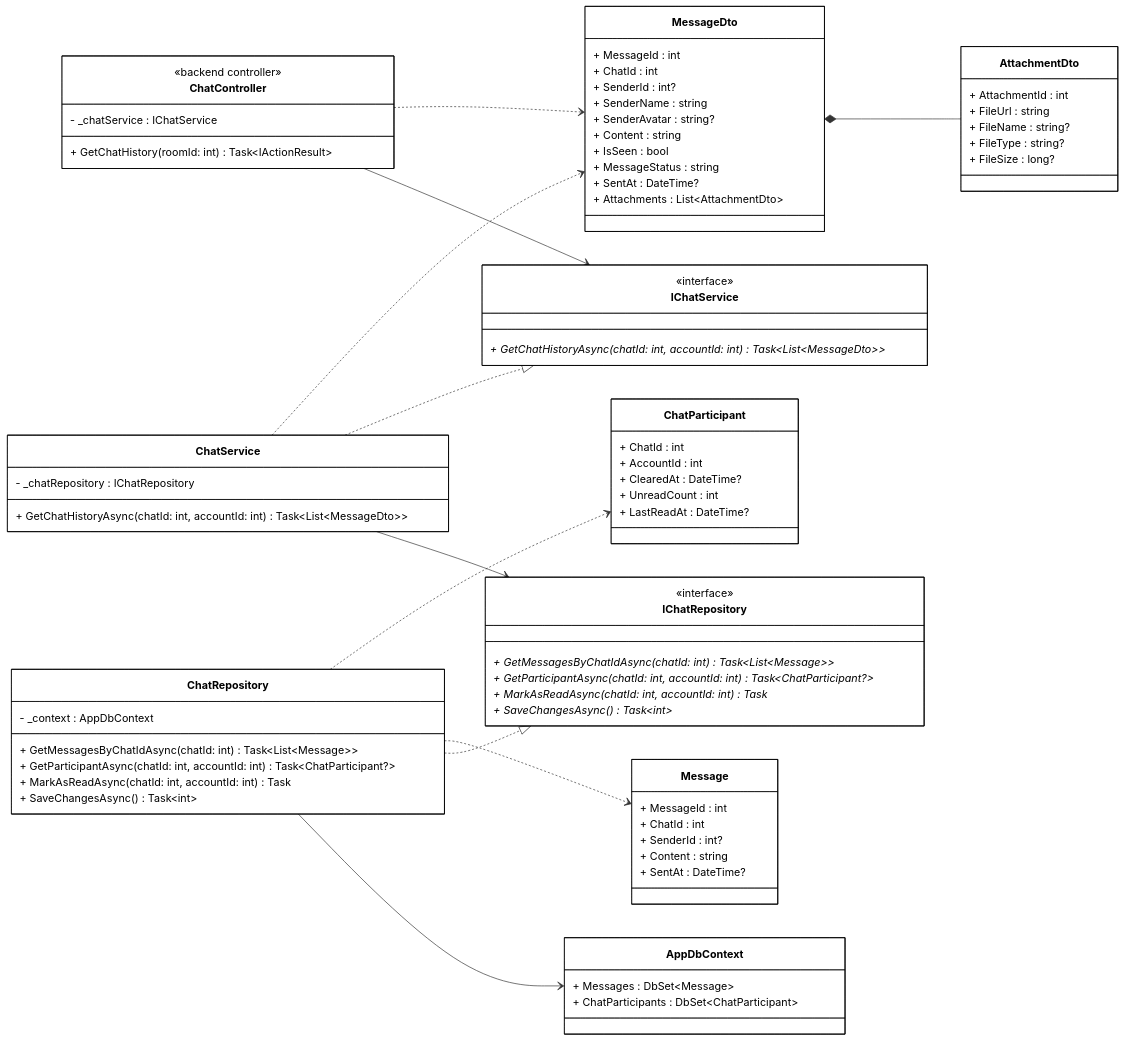
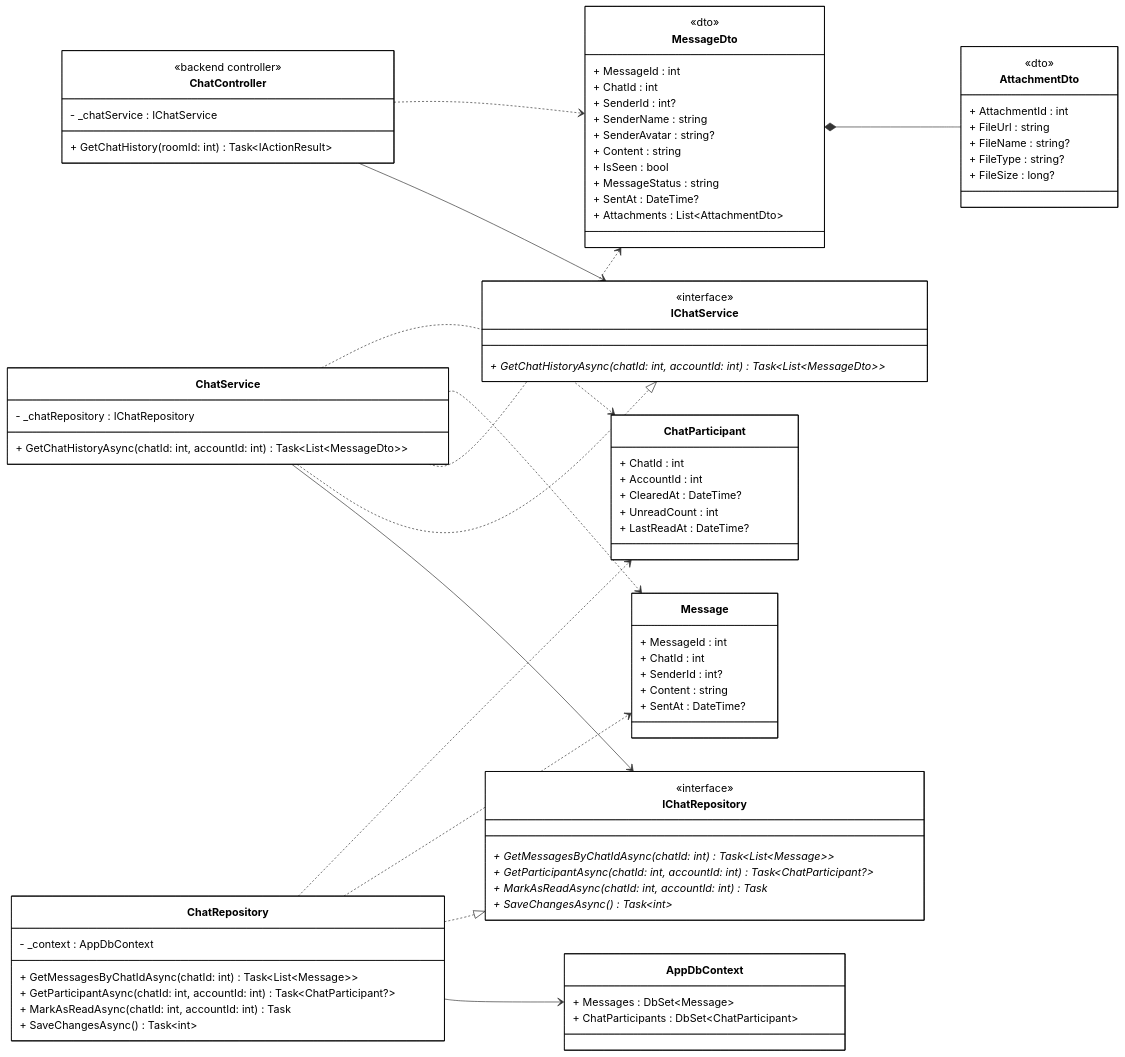
Before and after one commit to 1000do/Linked: the diagram in diagrams/class_mermaid/chat/cls_mm_view_chat_history.mmd, drawn with Mermaid. The commit also changed 29 other files, not shown here.

Commit message:
docs: add comprehensive mermaid class diagrams for core system features and update admin layout view

```diff
--- a/diagrams/class_mermaid/chat/cls_mm_view_chat_history.mmd
+++ b/diagrams/class_mermaid/chat/cls_mm_view_chat_history.mmd
@@ -1,116 +1,120 @@
 classDiagram
 direction LR
 
 %% ==================== BACKEND - CONTROLLER ====================
 
 class ChatControllerBE["ChatController"] {
     <<backend controller>>
     - _chatService : IChatService
     + GetChatHistory(roomId: int) Task~IActionResult~
 }
 
 %% ==================== BACKEND - DTOs ====================
 
 class MessageDto {
+    <<dto>>
     + MessageId : int
     + ChatId : int
     + SenderId : int?
     + SenderName : string
     + SenderAvatar : string?
     + Content : string
     + IsSeen : bool
     + MessageStatus : string
     + SentAt : DateTime?
     + Attachments : List~AttachmentDto~
 }
 
 class AttachmentDto {
+    <<dto>>
     + AttachmentId : int
     + FileUrl : string
     + FileName : string?
     + FileType : string?
     + FileSize : long?
 }
 
 %% ==================== BACKEND - DOMAIN ENTITIES ====================
 
 class Message {
     + MessageId : int
     + ChatId : int
     + SenderId : int?
     + Content : string
     + SentAt : DateTime?
 }
 
 class ChatParticipant {
     + ChatId : int
     + AccountId : int
     + ClearedAt : DateTime?
     + UnreadCount : int
     + LastReadAt : DateTime?
 }
 
 %% ==================== BACKEND - SERVICE INTERFACES ====================
 
 class IChatService {
     <<interface>>
     + GetChatHistoryAsync(chatId: int, accountId: int) Task~List~MessageDto~~ *
 }
 
 %% ==================== BACKEND - REPOSITORY INTERFACES ====================
 
 class IChatRepository {
     <<interface>>
     + GetMessagesByChatIdAsync(chatId: int) Task~List~Message~~ *
     + GetParticipantAsync(chatId: int, accountId: int) Task~ChatParticipant?~ *
     + MarkAsReadAsync(chatId: int, accountId: int) Task *
     + SaveChangesAsync() Task~int~ *
 }
 
 %% ==================== BACKEND - SERVICE IMPLEMENTATION ====================
 
 class ChatService {
     - _chatRepository : IChatRepository
     + GetChatHistoryAsync(chatId: int, accountId: int) Task~List~MessageDto~~
 }
 
 %% ==================== BACKEND - REPOSITORY IMPLEMENTATION ====================
 
 class ChatRepository {
     - _context : AppDbContext
     + GetMessagesByChatIdAsync(chatId: int) Task~List~Message~~
     + GetParticipantAsync(chatId: int, accountId: int) Task~ChatParticipant?~
     + MarkAsReadAsync(chatId: int, accountId: int) Task
     + SaveChangesAsync() Task~int~
 }
 
 %% ==================== BACKEND - DbContext ====================
 
 class AppDbContext {
     + Messages : DbSet~Message~
     + ChatParticipants : DbSet~ChatParticipant~
 }
 
 %% ==================== RELATIONSHIPS ====================
 
-%% === COMPOSITION ===
-MessageDto *-- AttachmentDto
-
 %% === UNIDIRECTIONAL ASSOCIATION ===
 ChatControllerBE --> IChatService
 ChatService --> IChatRepository
 ChatRepository --> AppDbContext
+
+%% === COMPOSITION / BIDIRECTIONAL ASSOCIATION ===
+MessageDto *-- AttachmentDto
 
 %% === INTERFACE REALIZATION ===
 ChatService ..|> IChatService
 ChatRepository ..|> IChatRepository
 
 %% === DEPENDENCY ===
 ChatControllerBE ..> MessageDto
 ChatService ..> MessageDto
+ChatService ..> Message
+ChatService ..> ChatParticipant
 ChatRepository ..> Message
 ChatRepository ..> ChatParticipant
 
 %% ==================== STYLES ====================
 
 classDef default fill:#FFFFFF,stroke:#000000,stroke-width:1px,color:#000000
```
